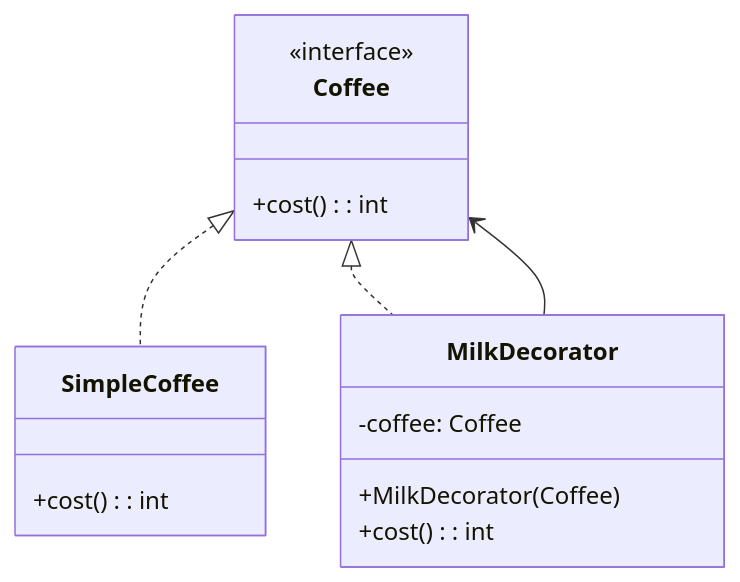
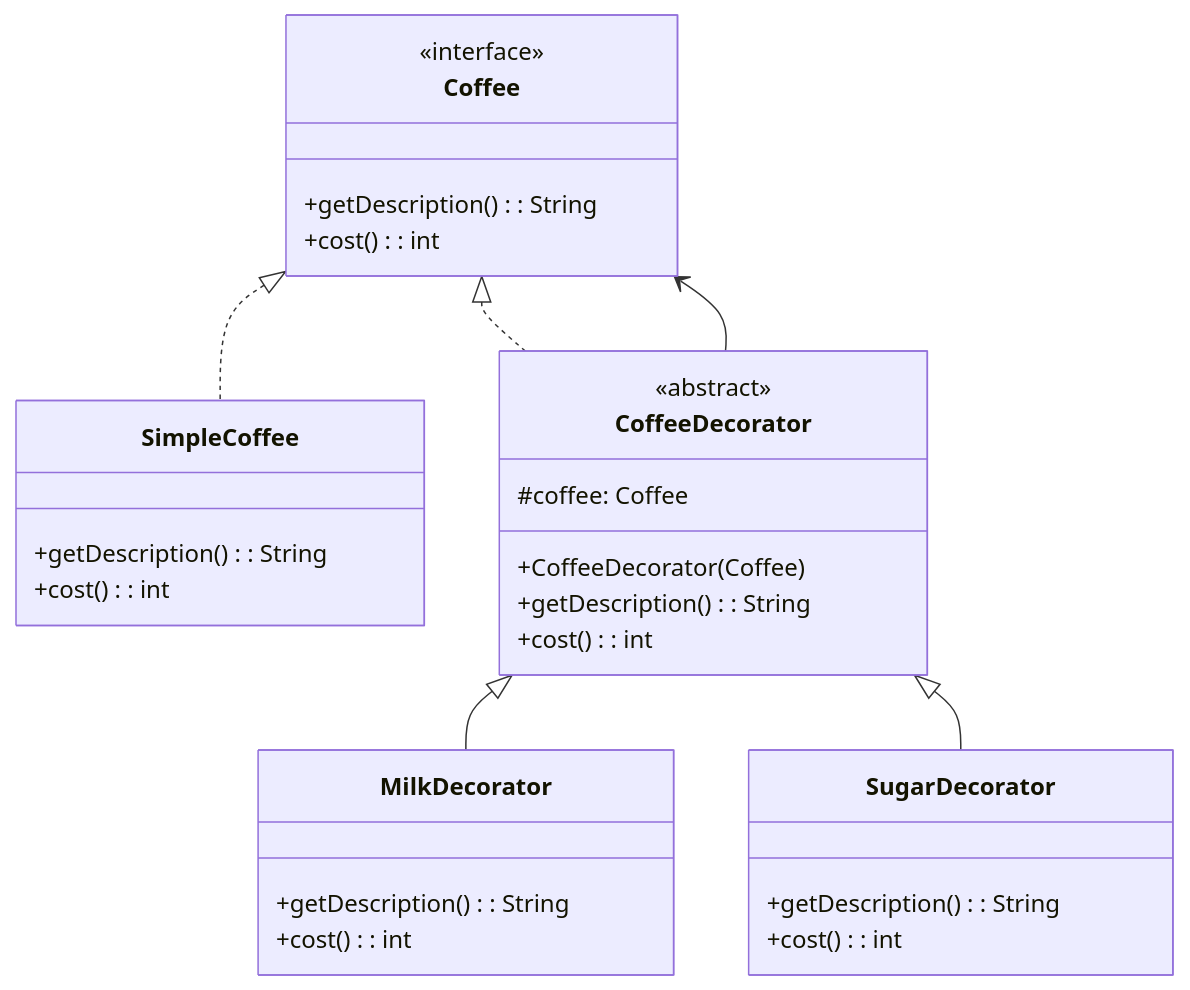
Before and after one commit to welldesignedsystem/welldesignedsystem.github.io: the ninth of 23 diagrams in content/english/blog/system_design/core_design_patterns.md, drawn with Mermaid. The commit also changed other lines of this file and 1 other file, not shown here.

Commit message:
patterns with description

````diff
--- a/content/english/blog/system_design/core_design_patterns.md
+++ b/content/english/blog/system_design/core_design_patterns.md
@@ -492,18 +675,32 @@
 ```mermaid
 classDiagram
     class Coffee {
         <<interface>>
+        +getDescription(): String
         +cost(): int
     }
     class SimpleCoffee {
+        +getDescription(): String
+        +cost(): int
+    }
+    class CoffeeDecorator {
+        <<abstract>>
+        #coffee: Coffee
+        +CoffeeDecorator(Coffee)
+        +getDescription(): String
         +cost(): int
     }
     class MilkDecorator {
-        -coffee: Coffee
-        +MilkDecorator(Coffee)
+        +getDescription(): String
+        +cost(): int
+    }
+    class SugarDecorator {
+        +getDescription(): String
         +cost(): int
     }
     Coffee <|.. SimpleCoffee
-    Coffee <|.. MilkDecorator
-    MilkDecorator --> Coffee
+    Coffee <|.. CoffeeDecorator
+    CoffeeDecorator <|-- MilkDecorator
+    CoffeeDecorator <|-- SugarDecorator
+    CoffeeDecorator --> Coffee
 ```
````
